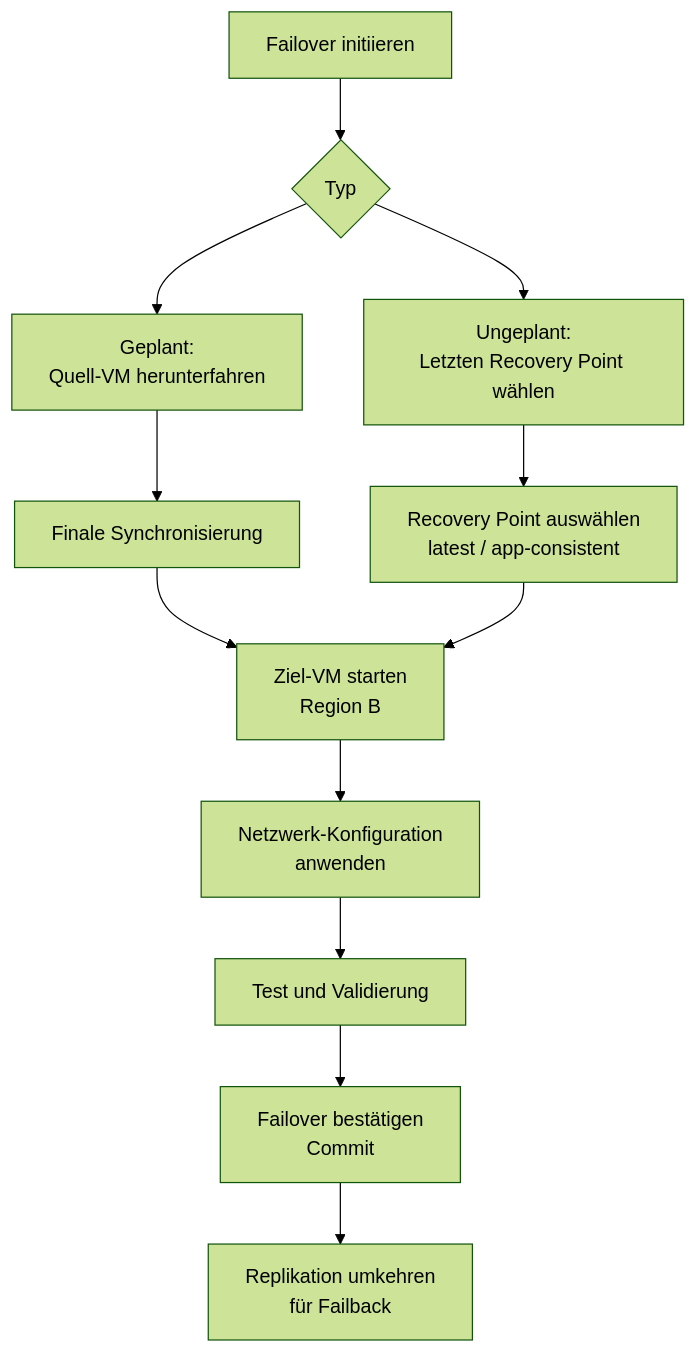
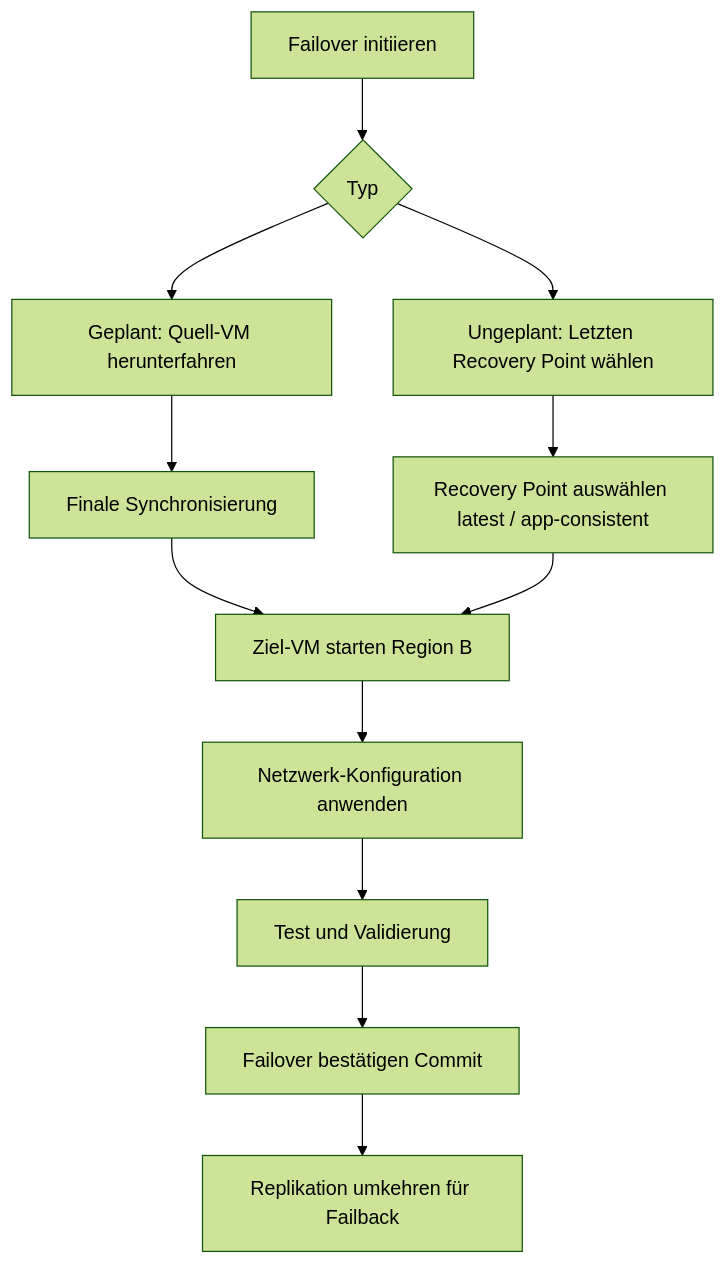
One commit to SoniiiT/notes-n-docs changed the third of 6 diagrams in Microsoft 365/Azure/Monitor und Management/Azure Site Recovery.md. Above: the diagram before and after it, drawn with Mermaid (forest theme). The commit also changed other lines of this file and 124 other files, not shown here.

First line of the commit message:
fix: Entferne \n aus allen Mermaid-Diagrammen (125 Dateien)

````diff
--- a/Microsoft 365/Azure/Monitor und Management/Azure Site Recovery.md
+++ b/Microsoft 365/Azure/Monitor und Management/Azure Site Recovery.md
@@ -147,14 +147,14 @@
 ```mermaid
 graph TD
     A[Failover initiieren] --> B{Typ}
-    B --> C[Geplant:\nQuell-VM herunterfahren]
-    B --> D[Ungeplant:\nLetzten Recovery Point wählen]
+    B --> C[Geplant: Quell-VM herunterfahren]
+    B --> D[Ungeplant: Letzten Recovery Point wählen]
     C --> E[Finale Synchronisierung]
-    D --> F[Recovery Point auswählen\nlatest / app-consistent]
-    E --> G[Ziel-VM starten\nRegion B]
+    D --> F[Recovery Point auswählen latest / app-consistent]
+    E --> G[Ziel-VM starten Region B]
     F --> G
-    G --> H[Netzwerk-Konfiguration\nanwenden]
+    G --> H[Netzwerk-Konfiguration anwenden]
     H --> I[Test und Validierung]
-    I --> J[Failover bestätigen\nCommit]
-    J --> K[Replikation umkehren\nfür Failback]
+    I --> J[Failover bestätigen Commit]
+    J --> K[Replikation umkehren für Failback]
 ```
````
